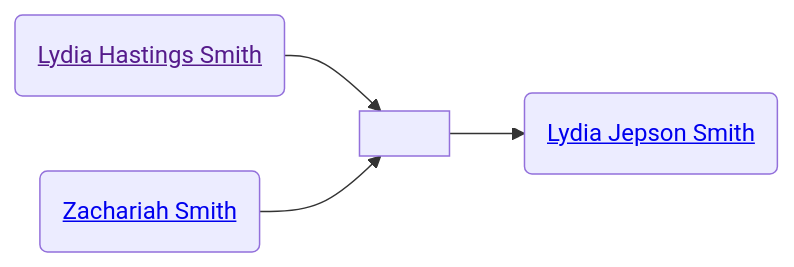
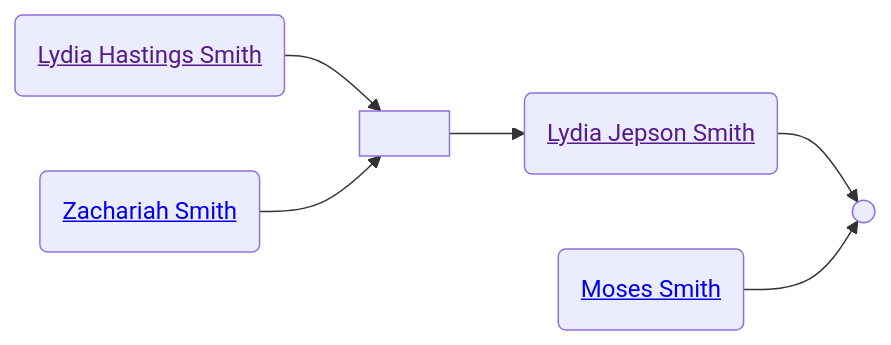
Before and after one commit to neelsmith/avocational: the diagram in familyhistory/sources/people/Merrill-line/White-line/Candace-Smith-line/Lydia_Hastings_Smith.qmd, drawn with Mermaid. The commit also changed 109 other files, not shown here.

````diff
--- a/familyhistory/sources/people/Merrill-line/White-line/Candace-Smith-line/Lydia_Hastings_Smith.qmd
+++ b/familyhistory/sources/people/Merrill-line/White-line/Candace-Smith-line/Lydia_Hastings_Smith.qmd
@@ -26,11 +26,14 @@
 ```{mermaid}
 graph LR
 class Lydia_Hastings_Smith_and_Zachariah_Smith marriage
 Lydia_Hastings_Smith(<a href=''>Lydia Hastings Smith</>) --> Lydia_Hastings_Smith_and_Zachariah_Smith[ ]
 Zachariah_Smith(<a href='./Zachariah_Smith.html'>Zachariah Smith</>) --> Lydia_Hastings_Smith_and_Zachariah_Smith(( ))
 Lydia_Hastings_Smith_and_Zachariah_Smith[ ] --> Lydia_Jepson_Smith(<a href='./Lydia_Jepson_Smith.html'>Lydia Jepson Smith</>)
+class Lydia_Jepson_Smith_and_Moses_Smith marriage
+Lydia_Jepson_Smith(<a href=''>Lydia Jepson Smith</>) --> Lydia_Jepson_Smith_and_Moses_Smith[ ]
+Moses_Smith(<a href='./../../../Moses_Smith_connections/Moses_Smith.html'>Moses Smith</>) --> Lydia_Jepson_Smith_and_Moses_Smith(( ))
 classDef mother fill:#ffd1dc
 classDef father fill:#daf0f7  
 classDef marriage fill:#ffffff
 
 ```
````
